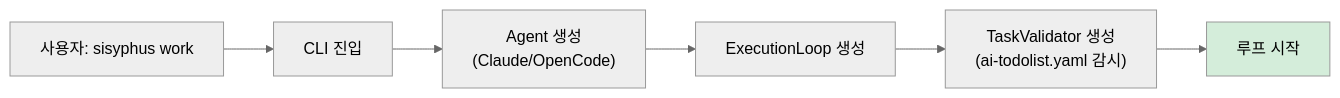
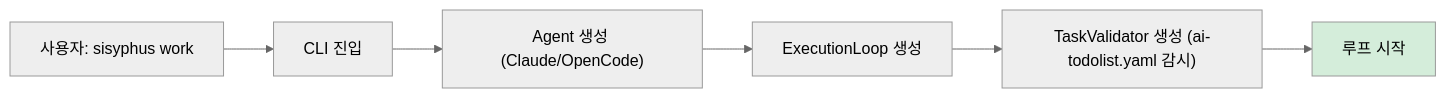
Before and after one commit to code-yeongyu/sisyphus-private: the fourth of 21 diagrams in flow-draft.md, drawn with Mermaid (neutral theme). The commit also changed other lines of this file and 150 other files, not shown here.

````diff
--- a/flow-draft.md
+++ b/flow-draft.md
@@ -166,10 +626,10 @@
 ```mermaid
 graph LR
     User["사용자: sisyphus work"] --> CLI[CLI 진입]
-    CLI --> CreateAgents["Agent 생성<br/>(Claude/OpenCode)"]
+    CLI --> CreateAgents["Agent 생성 (Claude/OpenCode)"]
     CreateAgents --> CreateLoop[ExecutionLoop 생성]
-    CreateLoop --> TaskVal["TaskValidator 생성<br/>(ai-todolist.yaml 감시)"]
+    CreateLoop --> TaskVal["TaskValidator 생성 (ai-todolist.yaml 감시)"]
     TaskVal --> Start[루프 시작]
 
     style Start fill:#d4edda
 ```
````
